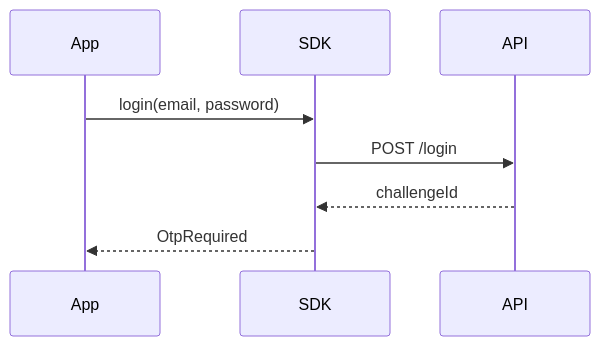
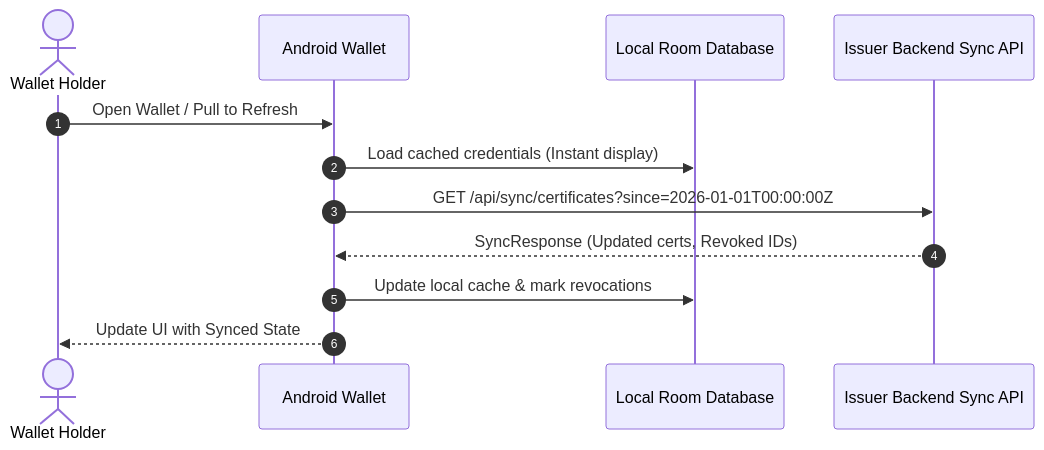
One commit to SriChaitanya1824/Secure-Mobile-Authentication changed the third of 5 diagrams in docs/HLD.md. Above: the diagram before and after it, drawn with Mermaid. The commit also changed other lines of this file and 757 other files, not shown here.

First line of the commit message:
feat(core): implement complete secure digital certificate wallet and backend microservices suite

````diff
--- a/docs/HLD.md
+++ b/docs/HLD.md
@@ -26,10 +71,15 @@
 ```mermaid
 sequenceDiagram
-  participant App
-  participant SDK
-  participant API
-  App->>SDK: login(email, password)
-  SDK->>API: POST /login
-  API-->>SDK: challengeId
-  SDK-->>App: OtpRequired
+    autonumber
+    actor Holder as Wallet Holder
+    participant App as Android Wallet
+    participant Room as Local Room Database
+    participant API as Issuer Backend Sync API
+
+    Holder->>App: Open Wallet / Pull to Refresh
+    App->>Room: Load cached credentials (Instant display)
+    App->>API: GET /api/sync/certificates?since=2026-01-01T00:00:00Z
+    API-->>App: SyncResponse (Updated certs, Revoked IDs)
+    App->>Room: Update local cache & mark revocations
+    App-->>Holder: Update UI with Synced State
 ```
````
